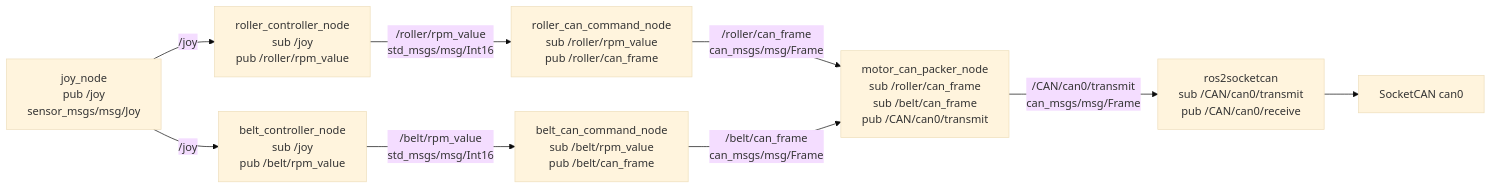
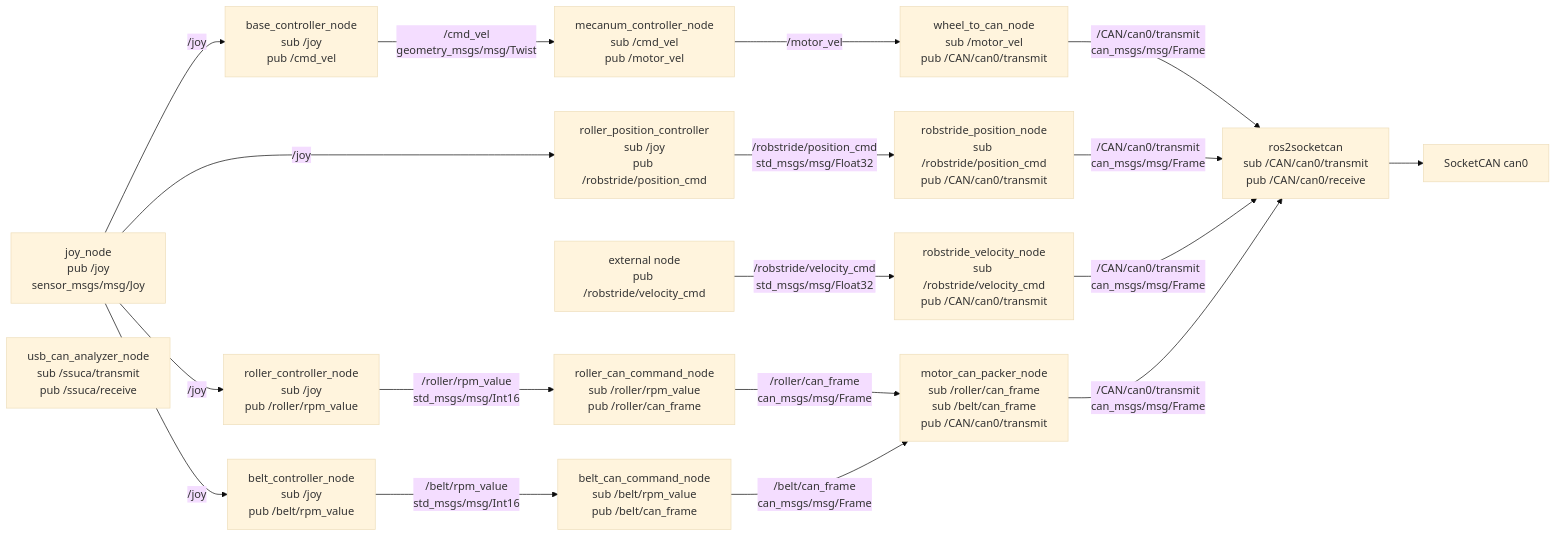
The first of 4 diagrams in ros2_ws/src/test.md (rodep-soft/rox2026), drawn with Mermaid (base theme) before and after one commit. The commit also changed other lines of this file and 33 other files, not shown here.

Commit message:
rollerの角度調整を行う際のlaunchファイル削除とbringupへ書き込み。mad_motor -> belt_controller

````diff
--- a/ros2_ws/src/test.md
+++ b/ros2_ws/src/test.md
@@ -9,26 +9,44 @@
 ```mermaid
 flowchart LR
   joy["joy_node<br/>pub /joy<br/>sensor_msgs/msg/Joy"]
 
-  roller_ctrl["roller_controller_node<br/>sub /joy<br/>pub /roller/rpm_value"]
-  mad_motor["belt_controller_node<br/>sub /joy<br/>pub /belt/rpm_value"]
+  base["base_controller_node<br/>sub /joy<br/>pub /cmd_vel"]
+  mecanum["mecanum_controller_node<br/>sub /cmd_vel<br/>pub /motor_vel"]
+  wheel["wheel_to_can_node<br/>sub /motor_vel<br/>pub /CAN/can0/transmit"]
 
+  roller_position["roller_position_controller<br/>sub /joy<br/>pub /robstride/position_cmd"]
+  rob_pos["robstride_position_node<br/>sub /robstride/position_cmd<br/>pub /CAN/can0/transmit"]
+  rob_vel_src["external node<br/>pub /robstride/velocity_cmd"]
+  rob_vel["robstride_velocity_node<br/>sub /robstride/velocity_cmd<br/>pub /CAN/can0/transmit"]
+
+  belt_controller["belt_controller_node<br/>sub /joy<br/>pub /belt/rpm_value"]
+  roller_controller["roller_controller_node<br/>sub /joy<br/>pub /roller/rpm_value"]
   roller_cmd["roller_can_command_node<br/>sub /roller/rpm_value<br/>pub /roller/can_frame"]
   belt_cmd["belt_can_command_node<br/>sub /belt/rpm_value<br/>pub /belt/can_frame"]
+  packer["motor_can_packer_node<br/>sub /roller/can_frame<br/>sub /belt/can_frame<br/>pub /CAN/can0/transmit"]
 
-  packer["motor_can_packer_node<br/>sub /roller/can_frame<br/>sub /belt/can_frame<br/>pub /CAN/can0/transmit"]
   socketcan["ros2socketcan<br/>sub /CAN/can0/transmit<br/>pub /CAN/can0/receive"]
   can0["SocketCAN can0"]
+  usbcan["usb_can_analyzer_node<br/>sub /ssuca/transmit<br/>pub /ssuca/receive"]
 
-  joy -->|/joy| roller_ctrl
-  joy -->|/joy| mad_motor
+  joy -->|/joy| base
+  base -->|/cmd_vel<br/>geometry_msgs/msg/Twist| mecanum
+  mecanum -->|/motor_vel| wheel
+  wheel -->|/CAN/can0/transmit<br/>can_msgs/msg/Frame| socketcan
 
-  roller_ctrl -->|/roller/rpm_value<br/>std_msgs/msg/Int16| roller_cmd
-  mad_motor -->|/belt/rpm_value<br/>std_msgs/msg/Int16| belt_cmd
+  joy -->|/joy| roller_position
+  roller_position -->|/robstride/position_cmd<br/>std_msgs/msg/Float32| rob_pos
+  rob_vel_src -->|/robstride/velocity_cmd<br/>std_msgs/msg/Float32| rob_vel
+  rob_pos -->|/CAN/can0/transmit<br/>can_msgs/msg/Frame| socketcan
+  rob_vel -->|/CAN/can0/transmit<br/>can_msgs/msg/Frame| socketcan
 
+  joy -->|/joy| belt_controller
+  joy -->|/joy| roller_controller
+  belt_controller -->|/belt/rpm_value<br/>std_msgs/msg/Int16| belt_cmd
+  roller_controller -->|/roller/rpm_value<br/>std_msgs/msg/Int16| roller_cmd
   roller_cmd -->|/roller/can_frame<br/>can_msgs/msg/Frame| packer
   belt_cmd -->|/belt/can_frame<br/>can_msgs/msg/Frame| packer
+  packer -->|/CAN/can0/transmit<br/>can_msgs/msg/Frame| socketcan
 
-  packer -->|/CAN/can0/transmit<br/>can_msgs/msg/Frame| socketcan
   socketcan --> can0
 ```
````
